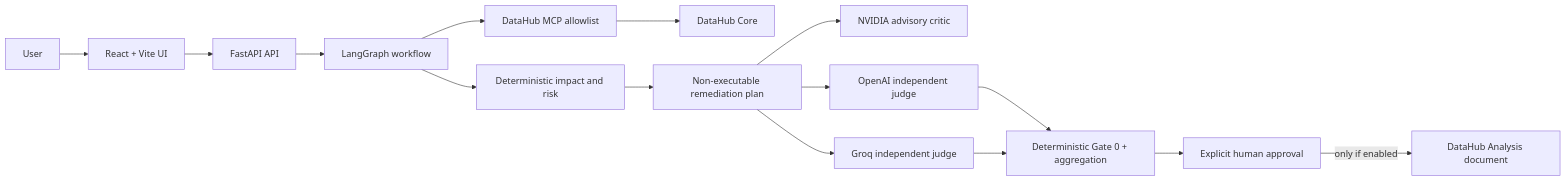
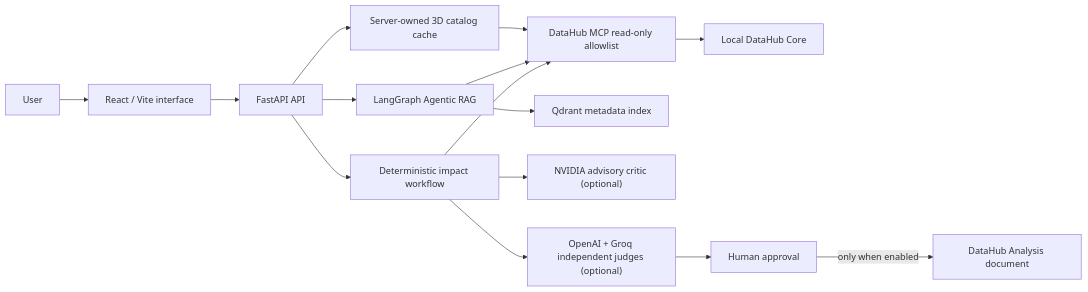
One commit to omarfh111/LineageGuard-AI changed the first of 3 diagrams in README.md. Above: the diagram before and after it, drawn with Mermaid. The commit also changed other lines of this file and 15 other files, not shown here.

````diff
--- a/README.md
+++ b/README.md
@@ -36,17 +24,20 @@
 ```mermaid
 flowchart LR
-    U[User] --> UI[React + Vite UI]
-    UI --> API[FastAPI API]
-    API --> LG[LangGraph workflow]
-    LG --> MCP[DataHub MCP allowlist]
-    MCP --> DH[DataHub Core]
-    LG --> IMP[Deterministic impact and risk]
-    IMP --> PLAN[Non-executable remediation plan]
-    PLAN --> NV[NVIDIA advisory critic]
-    PLAN --> OA[OpenAI independent judge]
-    PLAN --> GR[Groq independent judge]
-    OA --> G0[Deterministic Gate 0 + aggregation]
-    GR --> G0
-    G0 --> HITL[Explicit human approval]
-    HITL -->|only if enabled| DOC[DataHub Analysis document]
+    User["User"] --> UI["React / Vite interface"]
+    UI --> API["FastAPI API"]
+
+    API --> Cache["Server-owned 3D catalog cache"]
+    Cache --> MCP["DataHub MCP read-only allowlist"]
+    MCP --> DH["Local DataHub Core"]
+
+    API --> RAG["LangGraph Agentic RAG"]
+    RAG --> QD["Qdrant metadata index"]
+    RAG --> MCP
+
+    API --> Impact["Deterministic impact workflow"]
+    Impact --> MCP
+    Impact --> Nvidia["NVIDIA advisory critic (optional)"]
+    Impact --> Judges["OpenAI + Groq independent judges (optional)"]
+    Judges --> HITL["Human approval"]
+    HITL -->|"only when enabled"| Document["DataHub Analysis document"]
 ```
````
